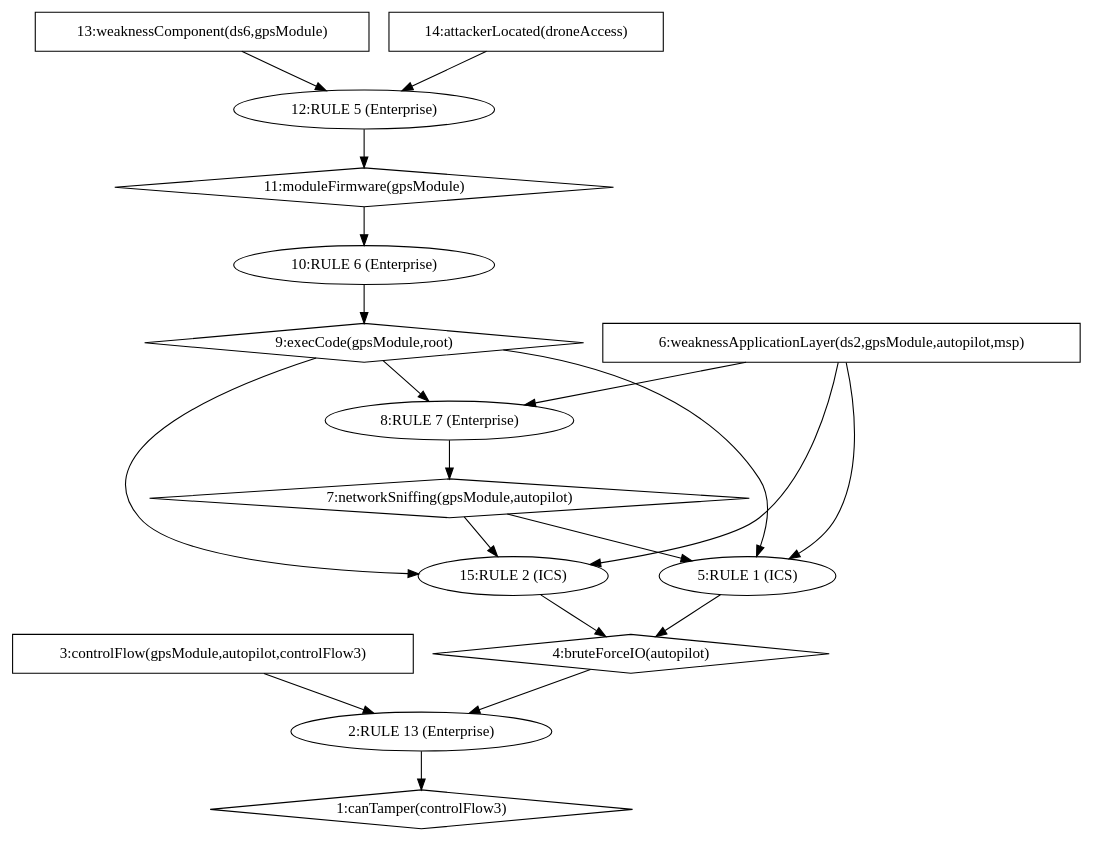
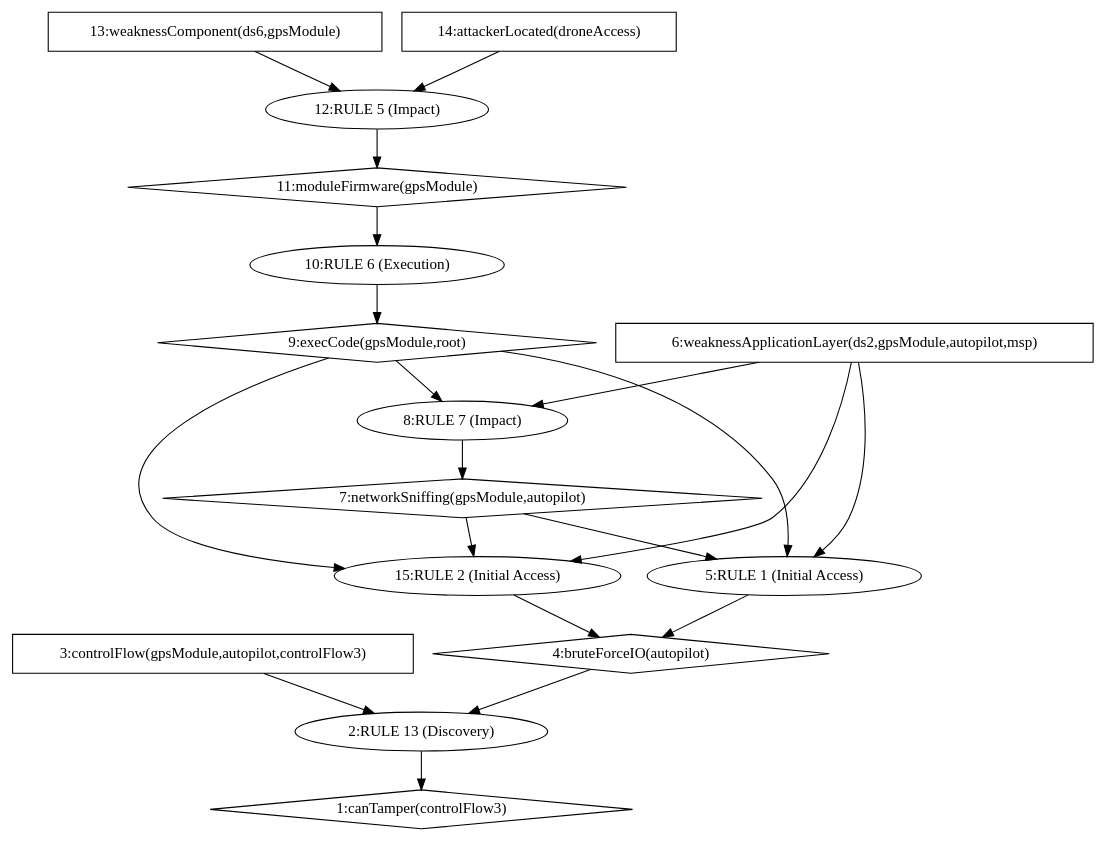
Before and after one commit to NS-unina/GCAP_Mod: the diagram in INAV_Flight_controller/AttackGraph/outputFDI/AttackGraph.dot, drawn with Graphviz. The commit also changed 33 other files, not shown here.

```diff
--- a/INAV_Flight_controller/AttackGraph/outputFDI/AttackGraph.dot
+++ b/INAV_Flight_controller/AttackGraph/outputFDI/AttackGraph.dot
@@ -1,36 +1,36 @@
 digraph G {
 	1 [label="1:canTamper(controlFlow3)",shape=diamond];
-	2 [label="2:RULE 13 (Enterprise)",shape=ellipse];
+	2 [label="2:RULE 13 (Discovery)",shape=ellipse];
 	3 [label="3:controlFlow(gpsModule,autopilot,controlFlow3)",shape=box];
 	4 [label="4:bruteForceIO(autopilot)",shape=diamond];
-	5 [label="5:RULE 1 (ICS)",shape=ellipse];
+	5 [label="5:RULE 1 (Initial Access)",shape=ellipse];
 	6 [label="6:weaknessApplicationLayer(ds2,gpsModule,autopilot,msp)",shape=box];
 	7 [label="7:networkSniffing(gpsModule,autopilot)",shape=diamond];
-	8 [label="8:RULE 7 (Enterprise)",shape=ellipse];
+	8 [label="8:RULE 7 (Impact)",shape=ellipse];
 	9 [label="9:execCode(gpsModule,root)",shape=diamond];
-	10 [label="10:RULE 6 (Enterprise)",shape=ellipse];
+	10 [label="10:RULE 6 (Execution)",shape=ellipse];
 	11 [label="11:moduleFirmware(gpsModule)",shape=diamond];
-	12 [label="12:RULE 5 (Enterprise)",shape=ellipse];
+	12 [label="12:RULE 5 (Impact)",shape=ellipse];
 	13 [label="13:weaknessComponent(ds6,gpsModule)",shape=box];
 	14 [label="14:attackerLocated(droneAccess)",shape=box];
-	15 [label="15:RULE 2 (ICS)",shape=ellipse];
+	15 [label="15:RULE 2 (Initial Access)",shape=ellipse];
 	3 -> 	2;
 	6 -> 	5;
 	6 -> 	8;
 	13 -> 	12;
 	14 -> 	12;
 	12 -> 	11;
 	11 -> 	10;
 	10 -> 	9;
 	9 -> 	8;
 	8 -> 	7;
 	7 -> 	5;
 	9 -> 	5;
 	5 -> 	4;
 	6 -> 	15;
 	7 -> 	15;
 	9 -> 	15;
 	15 -> 	4;
 	4 -> 	2;
 	2 -> 	1;
 }
```
